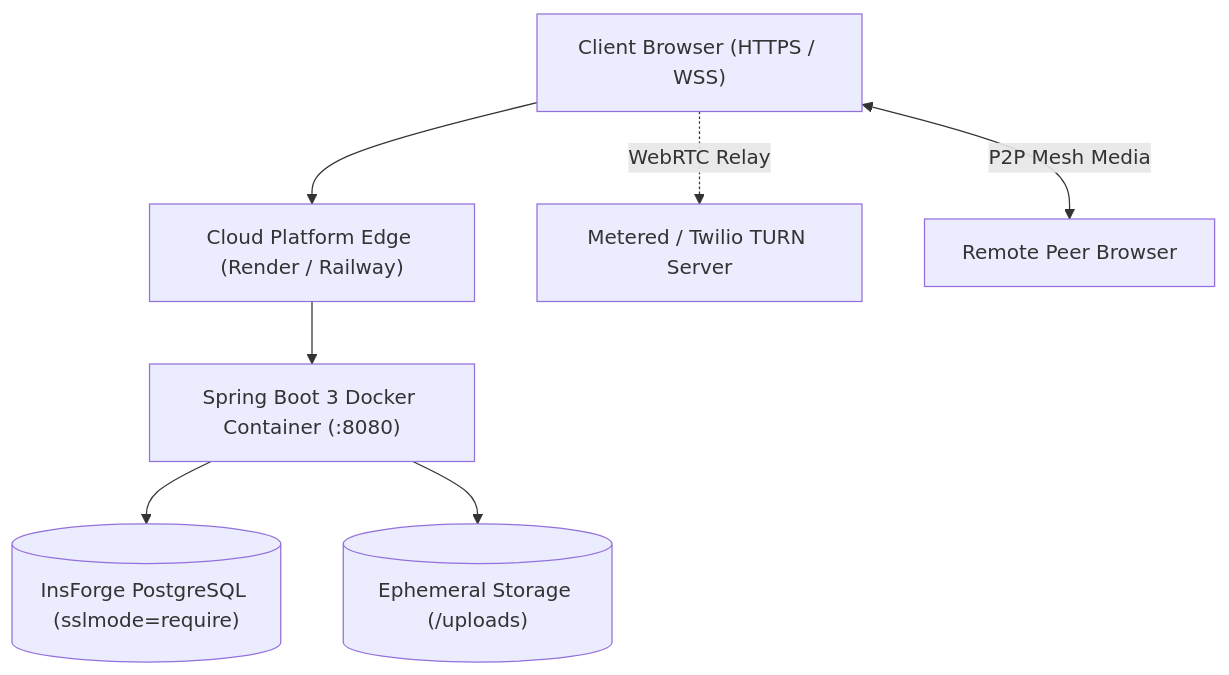
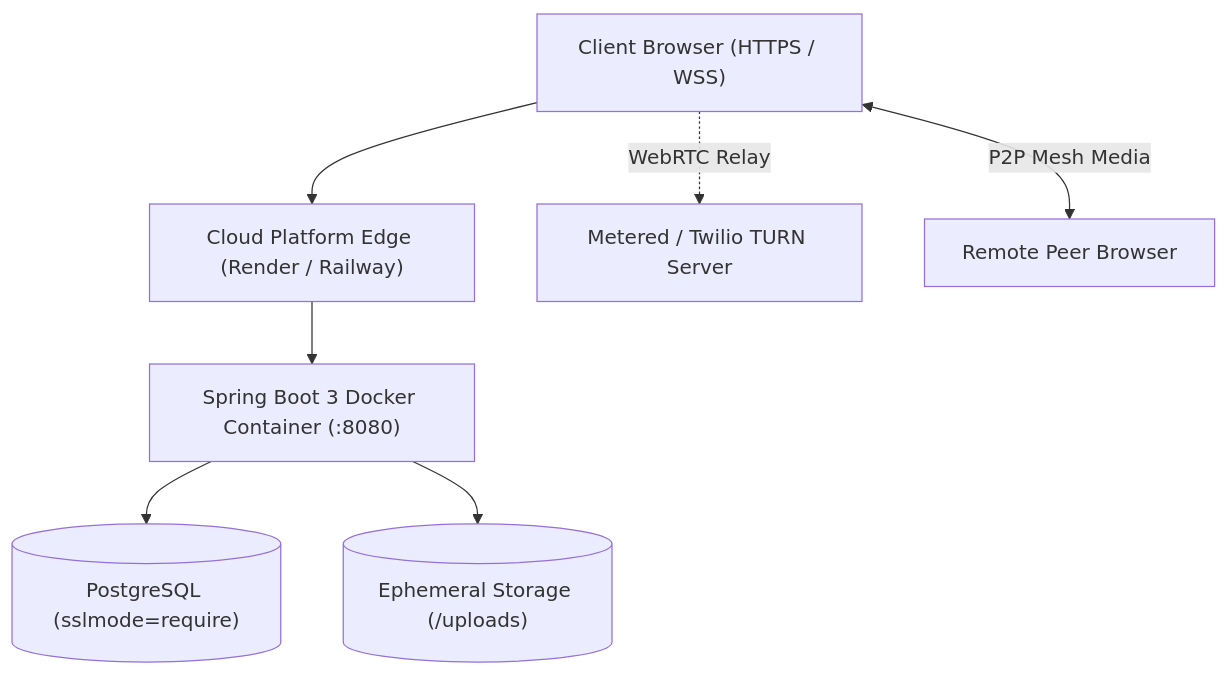
One commit to Mohitkumar7295/Real-Time-Communication-App changed the diagram in docs/DEPLOYMENT.md. Above: the diagram before and after it, drawn with Mermaid. The commit also changed other lines of this file and 6 other files, not shown here.

Commit message:
refactor: remove all InsForge dependencies, configurations, and references

````diff
--- a/docs/DEPLOYMENT.md
+++ b/docs/DEPLOYMENT.md
@@ -6,9 +6,9 @@
 ```mermaid
 graph TD
     Client["Client Browser (HTTPS / WSS)"] --> CDN["Cloud Platform Edge (Render / Railway)"]
     CDN --> Container["Spring Boot 3 Docker Container (:8080)"]
-    Container --> DB[("InsForge PostgreSQL (sslmode=require)")]
+    Container --> DB[("PostgreSQL (sslmode=require)")]
     Container --> LocalDisk[("Ephemeral Storage (/uploads)")]
     Client -.->|"WebRTC Relay"| TurnServer["Metered / Twilio TURN Server"]
     Client <-->|"P2P Mesh Media"| PeerClient["Remote Peer Browser"]
 ```
````
